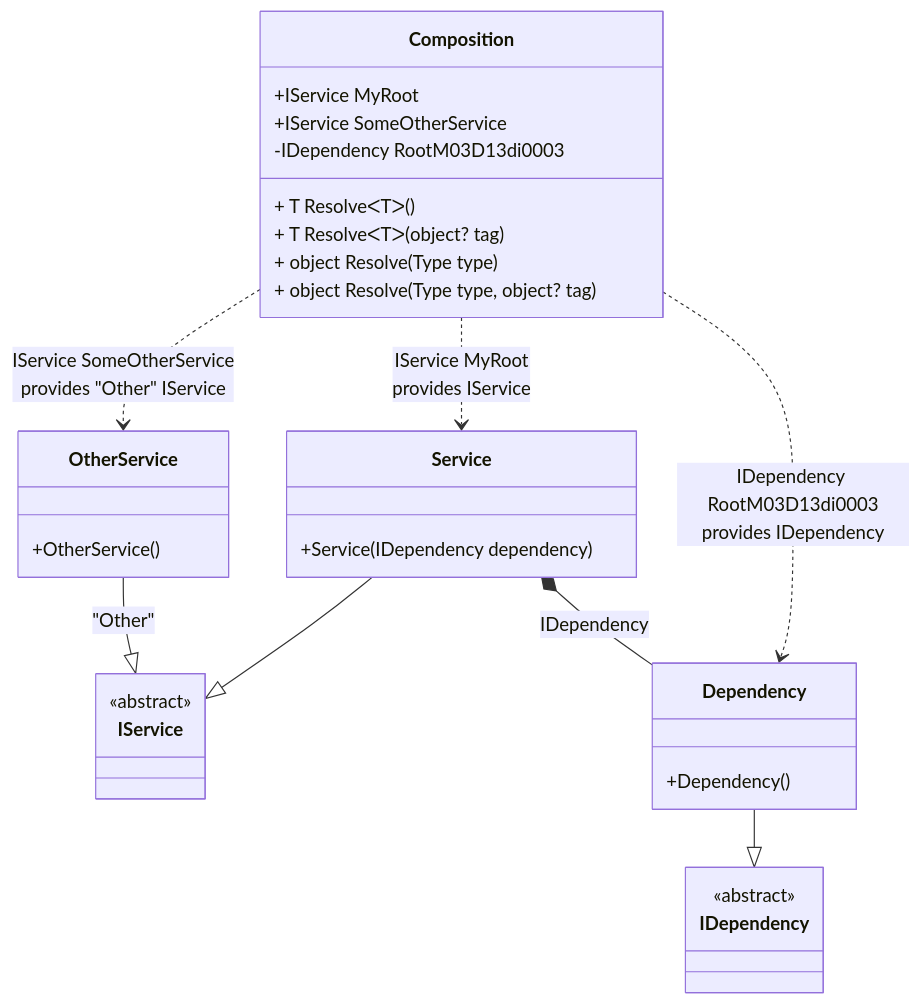
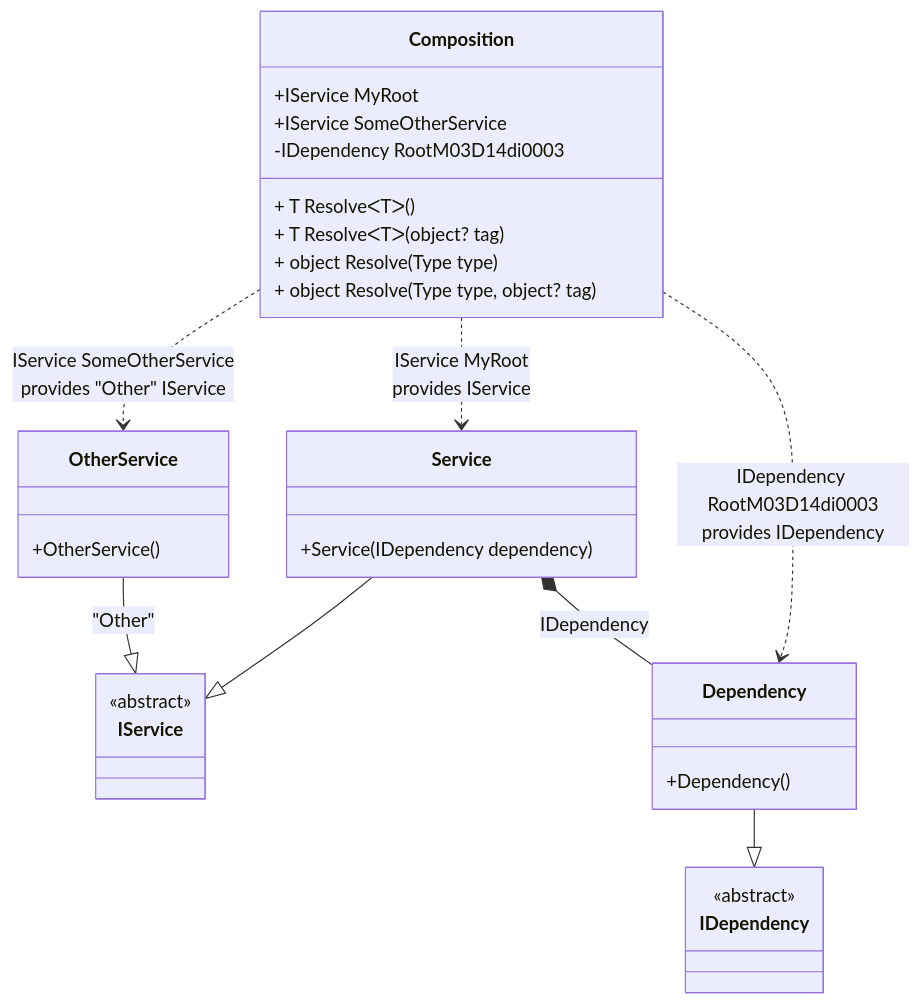
The diagram in readme/composition-roots.md (DevTeam/Pure.DI), drawn with Mermaid before and after one commit. The commit also changed other lines of this file and 73 other files, not shown here.

````diff
--- a/readme/composition-roots.md
+++ b/readme/composition-roots.md
@@ -69,34 +69,34 @@
 ```mermaid
 classDiagram
   class Composition {
     +IService MyRoot
     +IService SomeOtherService
-    -IDependency RootM03D13di0003
+    -IDependency RootM03D14di0003
     + T ResolveᐸTᐳ()
     + T ResolveᐸTᐳ(object? tag)
     + object Resolve(Type type)
     + object Resolve(Type type, object? tag)
   }
   Service --|> IService : 
   class Service {
     +Service(IDependency dependency)
   }
   OtherService --|> IService : "Other" 
   class OtherService {
     +OtherService()
   }
   Dependency --|> IDependency : 
   class Dependency {
     +Dependency()
   }
   class IService {
     <<abstract>>
   }
   class IDependency {
     <<abstract>>
   }
   Service *--  Dependency : IDependency
   Composition ..> OtherService : IService SomeOtherService<br/>provides "Other" IService
   Composition ..> Service : IService MyRoot<br/>provides IService
-  Composition ..> Dependency : IDependency RootM03D13di0003<br/>provides IDependency
+  Composition ..> Dependency : IDependency RootM03D14di0003<br/>provides IDependency
 ```
````
